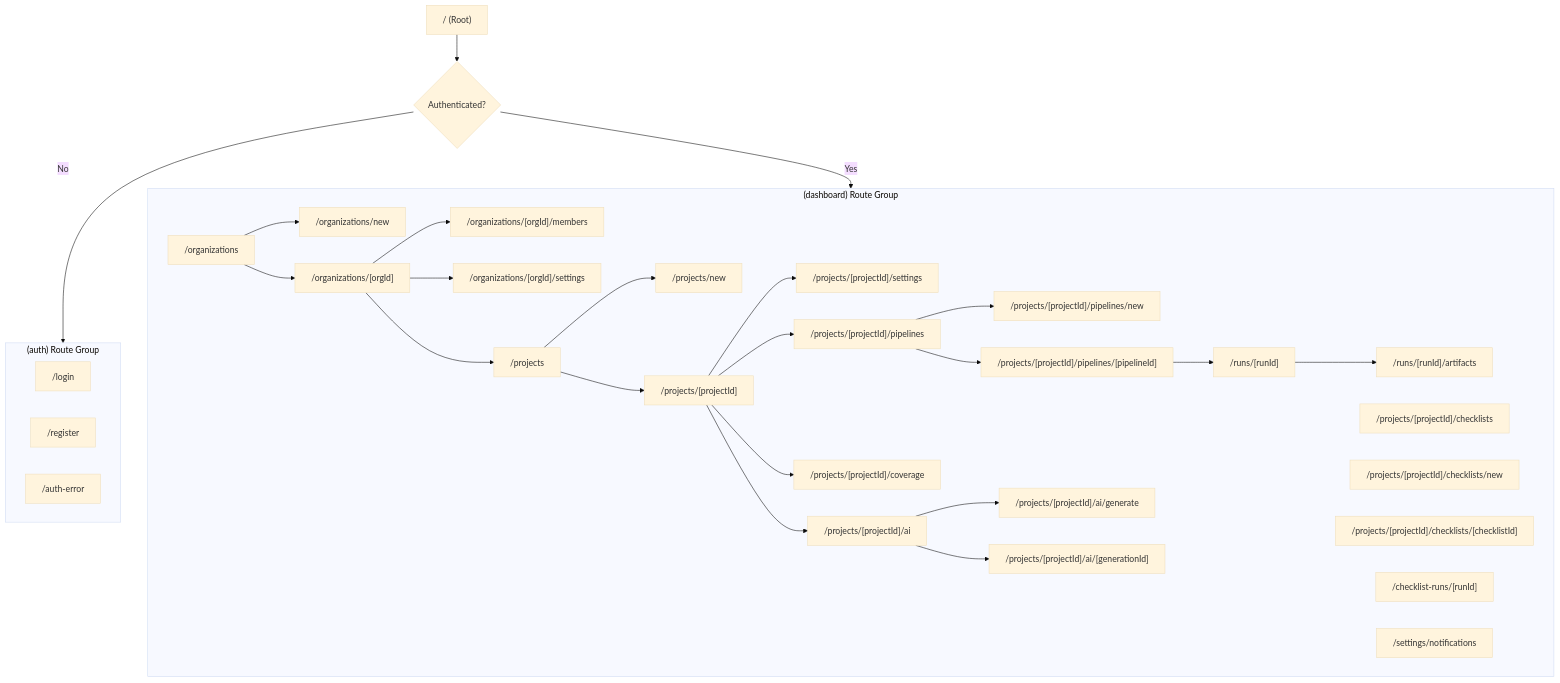
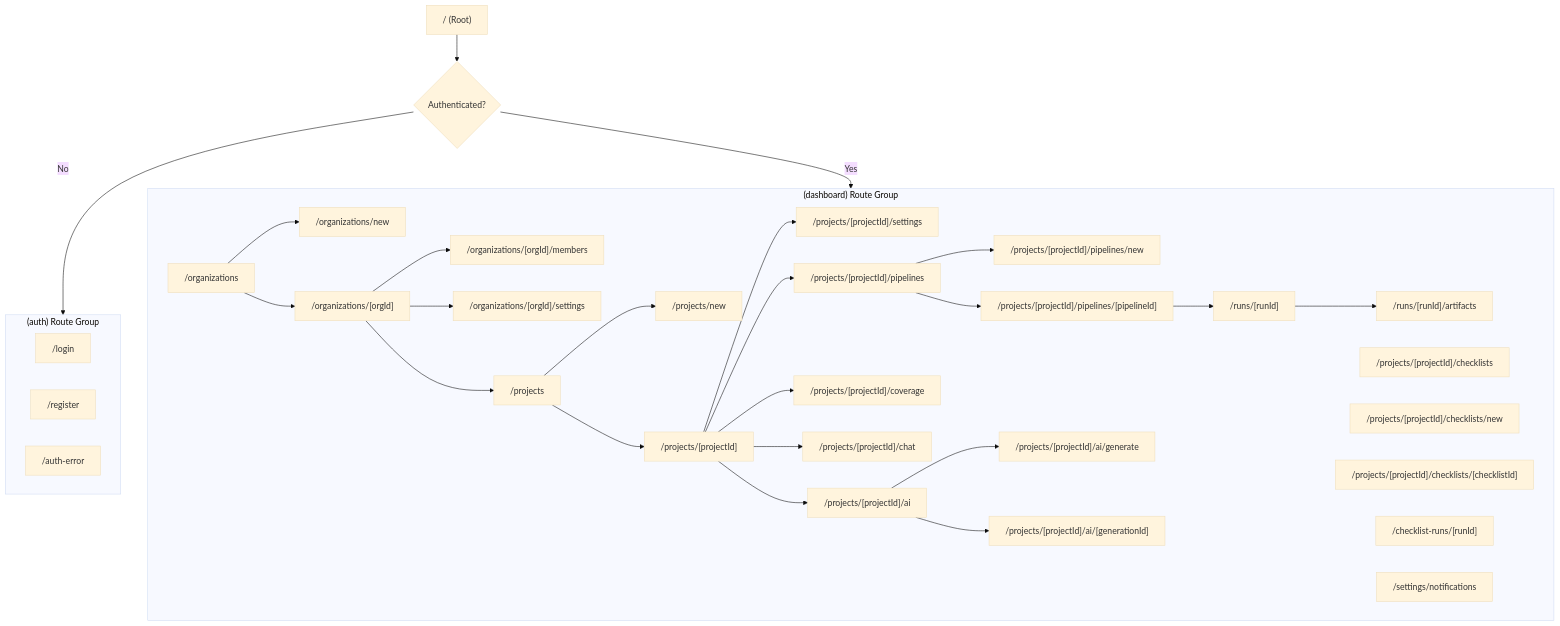
The first of 4 diagrams in docs/en/dashboard.md (micode-ai/testing-ai-assistant), drawn with Mermaid (base theme) before and after one commit. The commit also changed other lines of this file and 43 other files, not shown here.

````diff
--- a/docs/en/dashboard.md
+++ b/docs/en/dashboard.md
@@ -69,68 +70,71 @@
 ```mermaid
 flowchart TD
     Root["/ (Root)"]
     Root --> AuthCheck{"Authenticated?"}
 
     AuthCheck -- "No" --> AuthGroup
     AuthCheck -- "Yes" --> DashGroup
 
     subgraph AuthGroup["(auth) Route Group"]
         Login["/login"]
         Register["/register"]
         AuthError["/auth-error"]
     end
 
     subgraph DashGroup["(dashboard) Route Group"]
         OrgList["/organizations"]
         OrgNew["/organizations/new"]
         OrgDetail["/organizations/[orgId]"]
         OrgMembers["/organizations/[orgId]/members"]
         OrgSettings["/organizations/[orgId]/settings"]
 
         ProjectList["/projects"]
         ProjectNew["/projects/new"]
         ProjectDetail["/projects/[projectId]"]
         ProjectSettings["/projects/[projectId]/settings"]
 
         Pipelines["/projects/[projectId]/pipelines"]
         PipelineNew["/projects/[projectId]/pipelines/new"]
         PipelineDetail["/projects/[projectId]/pipelines/[pipelineId]"]
 
         Coverage["/projects/[projectId]/coverage"]
 
         ChecklistList["/projects/[projectId]/checklists"]
         ChecklistNew["/projects/[projectId]/checklists/new"]
         ChecklistDetail["/projects/[projectId]/checklists/[checklistId]"]
         ChecklistRunDetail["/checklist-runs/[runId]"]
 
+        Chat["/projects/[projectId]/chat"]
+
         AIList["/projects/[projectId]/ai"]
         AIGenerate["/projects/[projectId]/ai/generate"]
         AIDetail["/projects/[projectId]/ai/[generationId]"]
 
         RunDetail["/runs/[runId]"]
         RunArtifacts["/runs/[runId]/artifacts"]
 
         NotifySettings["/settings/notifications"]
     end
 
     OrgList --> OrgNew
     OrgList --> OrgDetail
     OrgDetail --> OrgMembers
     OrgDetail --> OrgSettings
 
     OrgDetail --> ProjectList
     ProjectList --> ProjectNew
     ProjectList --> ProjectDetail
     ProjectDetail --> ProjectSettings
     ProjectDetail --> Pipelines
     ProjectDetail --> Coverage
+    ProjectDetail --> Chat
     ProjectDetail --> AIList
 
     Pipelines --> PipelineNew
     Pipelines --> PipelineDetail
     PipelineDetail --> RunDetail
     RunDetail --> RunArtifacts
 
     AIList --> AIGenerate
     AIList --> AIDetail
 ```
````
